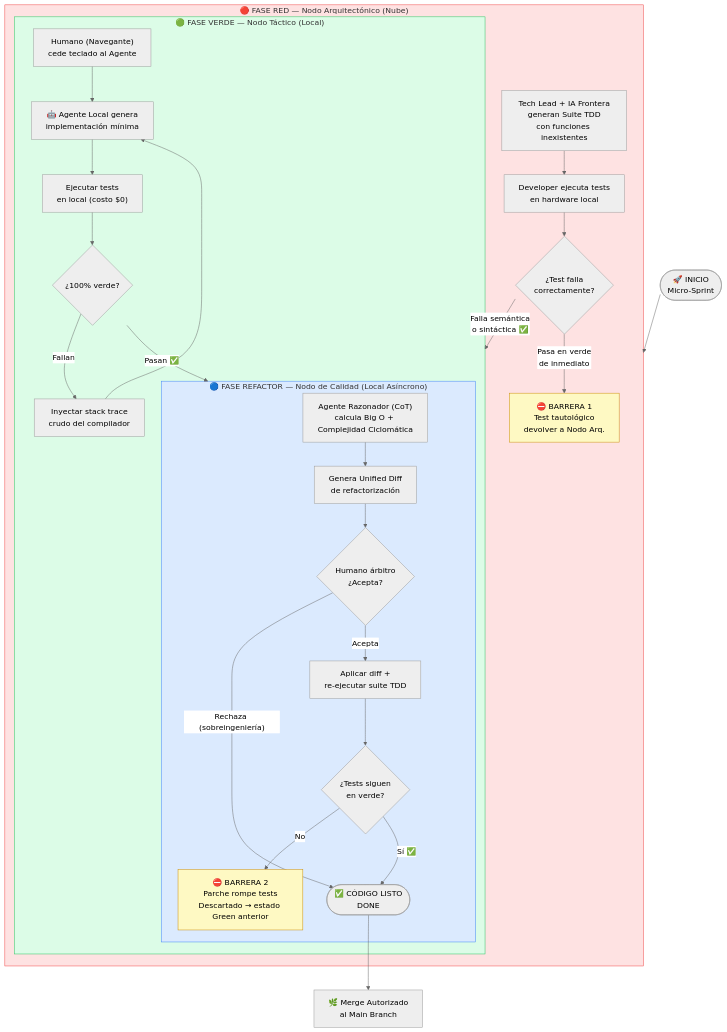
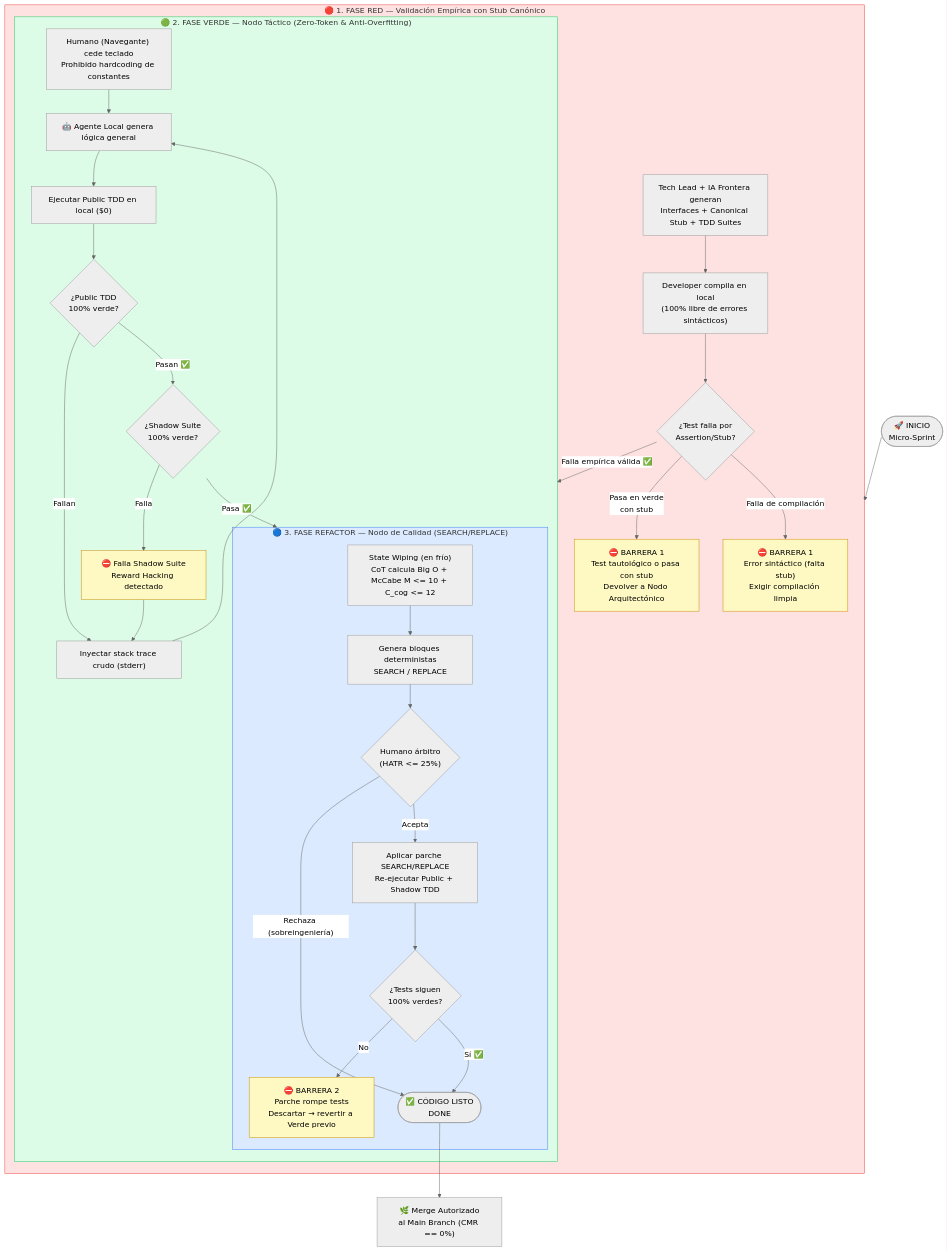
One commit to brunoguzman-dev/H-AXP changed the first of 2 diagrams in diagrams/red-green-refactor.md. Above: the diagram before and after it, drawn with Mermaid (neutral theme). The commit also changed other lines of this file and 20 other files, not shown here.

````diff
--- a/diagrams/red-green-refactor.md
+++ b/diagrams/red-green-refactor.md
@@ -7,51 +7,59 @@
 ```mermaid
 flowchart TD
     INICIO(["🚀 INICIO\nMicro-Sprint"]) --> RED_FASE
 
-    subgraph RED_FASE["🔴 FASE RED — Nodo Arquitectónico (Nube)"]
-        R1["Tech Lead + IA Frontera\ngeneran Suite TDD\ncon funciones inexistentes"]
-        R2["Developer ejecuta tests\nen hardware local"]
-        R3{¿Test falla\ncorrectamente?}
-        R4["⛔ BARRERA 1\nTest tautológico\ndevolver a Nodo Arq."]
+    subgraph RED_FASE["🔴 1. FASE RED — Validación Empírica con Stub Canónico"]
+        R1["Tech Lead + IA Frontera generan\nInterfaces + Canonical Stub + TDD Suites"]
+        R2["Developer compila en local\n(100% libre de errores sintácticos)"]
+        R3{¿Test falla por\nAssertion/Stub?}
+        R4["⛔ BARRERA 1\nTest tautológico o pasa con stub\nDevolver a Nodo Arquitectónico"]
+        R_SYN["⛔ BARRERA 1\nError sintáctico (falta stub)\nExigir compilación limpia"]
 
         R1 --> R2 --> R3
-        R3 -->|"Pasa en verde\nde inmediato"| R4
-        R3 -->|"Falla semántica\no sintáctica ✅"| VERDE_FASE
+        R3 -->|"Pasa en verde\ncon stub"| R4
+        R3 -->|"Falla de compilación"| R_SYN
+        R3 -->|"Falla empírica válida ✅"| VERDE_FASE
     end
 
-    subgraph VERDE_FASE["🟢 FASE VERDE — Nodo Táctico (Local)"]
-        V1["Humano (Navegante)\ncede teclado al Agente"]
-        V2["🤖 Agente Local genera\nimplementación mínima"]
-        V3["Ejecutar tests\nen local (costo $0)"]
-        V4{¿100% verde?}
-        V5["Inyectar stack trace\ncrudo del compilador"]
+    subgraph VERDE_FASE["🟢 2. FASE VERDE — Nodo Táctico (Zero-Token & Anti-Overfitting)"]
+        V1["Humano (Navegante) cede teclado\nProhibido hardcoding de constantes"]
+        V2["🤖 Agente Local genera lógica general"]
+        V3["Ejecutar Public TDD en local ($0)"]
+        V4{¿Public TDD\n100% verde?}
+        V5["Inyectar stack trace crudo (stderr)"]
+        V_SHADOW{¿Shadow Suite\n100% verde?}
+        V_OVER["⛔ Falla Shadow Suite\nReward Hacking detectado"]
 
         V1 --> V2 --> V3 --> V4
         V4 -->|"Fallan"| V5
         V5 --> V2
-        V4 -->|"Pasan ✅"| REFACTOR_FASE
+        V4 -->|"Pasan ✅"| V_SHADOW
+        V_SHADOW -->|"Falla"| V_OVER --> V5
+        V_SHADOW -->|"Pasa ✅"| REFACTOR_FASE
     end
 
-    subgraph REFACTOR_FASE["🔵 FASE REFACTOR — Nodo de Calidad (Local Asíncrono)"]
-        RF1["Agente Razonador (CoT)\ncalcula Big O + Complejidad Ciclomática"]
-        RF2["Genera Unified Diff\nde refactorización"]
-        RF3{"Humano árbitro\n¿Acepta?"}
-        RF4["Aplicar diff +\nre-ejecutar suite TDD"]
-        RF5{¿Tests siguen\nen verde?}
-        RF6["⛔ BARRERA 2\nParche rompe tests\nDescartado → estado Green anterior"]
+    subgraph REFACTOR_FASE["🔵 3. FASE REFACTOR — Nodo de Calidad (SEARCH/REPLACE)"]
+        RF1["State Wiping (en frío)\nCoT calcula Big O + McCabe M <= 10 + C_cog <= 12"]
+        RF2["Genera bloques deterministas\nSEARCH / REPLACE"]
+        RF3{"Humano árbitro\n(HATR <= 25%)"}
+        RF4["Aplicar parche SEARCH/REPLACE\nRe-ejecutar Public + Shadow TDD"]
+        RF5{¿Tests siguen\n100% verdes?}
+        RF6["⛔ BARRERA 2\nParche rompe tests\nDescartar → revertir a Verde previo"]
 
         RF1 --> RF2 --> RF3
         RF3 -->|"Rechaza (sobreingeniería)"| DONE
         RF3 -->|"Acepta"| RF4 --> RF5
         RF5 -->|"No"| RF6
         RF5 -->|"Sí ✅"| DONE
     end
 
-    DONE(["✅ CÓDIGO LISTO\nDONE"]) --> MERGE["🌿 Merge Autorizado\nal Main Branch"]
+    DONE(["✅ CÓDIGO LISTO\nDONE"]) --> MERGE["🌿 Merge Autorizado\nal Main Branch (CMR == 0%)"]
 
     style RED_FASE fill:#fee2e2,stroke:#ef4444
     style VERDE_FASE fill:#dcfce7,stroke:#22c55e
     style REFACTOR_FASE fill:#dbeafe,stroke:#3b82f6
     style R4 fill:#fef9c3,stroke:#ca8a04
+    style R_SYN fill:#fef9c3,stroke:#ca8a04
+    style V_OVER fill:#fef9c3,stroke:#ca8a04
     style RF6 fill:#fef9c3,stroke:#ca8a04
 ```
````
